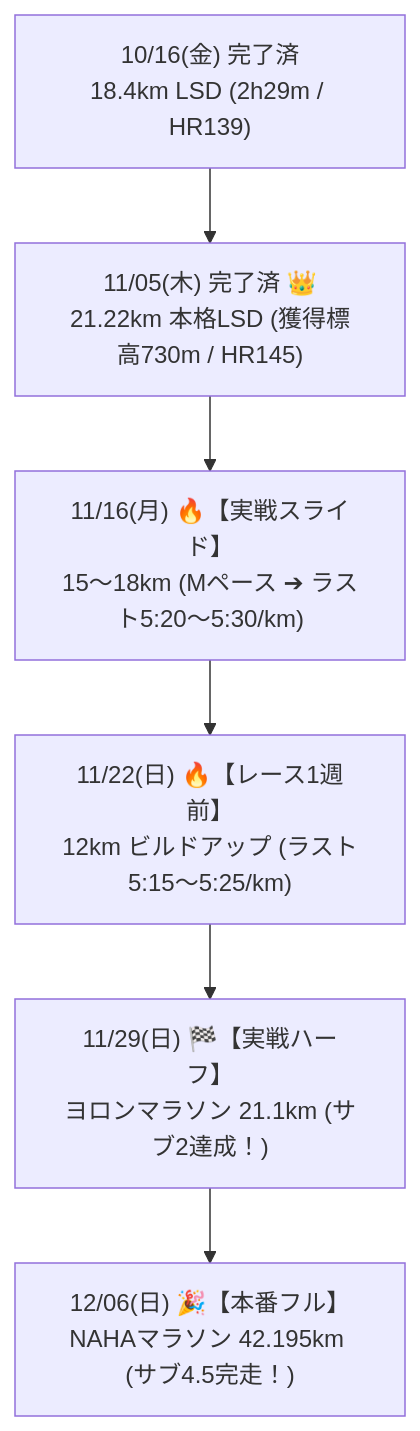
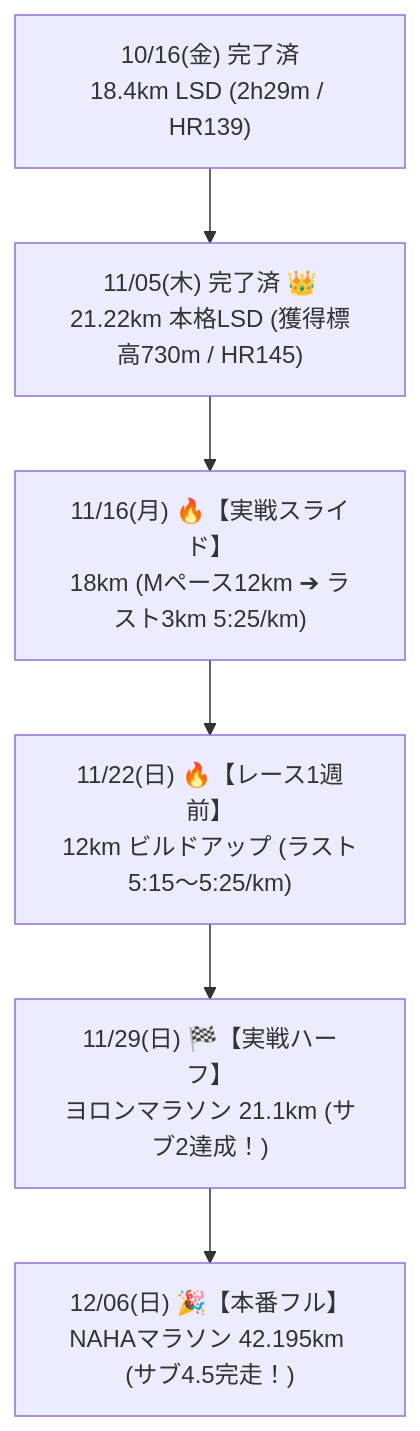
Before and after one commit to nem6ishi/running_analytics: the diagram in docs/TRAINING_PLAN_2026.md, drawn with Mermaid. The commit also changed other lines of this file and 2 other files, not shown here.

````diff
--- a/docs/TRAINING_PLAN_2026.md
+++ b/docs/TRAINING_PLAN_2026.md
@@ -31,8 +31,8 @@
 ```mermaid
 flowchart TD
     L1["10/16(金) 完了済<br/>18.4km LSD (2h29m / HR139)"] --> L2["11/05(木) 完了済 👑<br/>21.22km 本格LSD (獲得標高730m / HR145)"]
-    L2 --> L3["11/16(月) 🔥【実戦スライド】<br/>15〜18km (Mペース ➔ ラスト5:20〜5:30/km)"]
+    L2 --> L3["11/16(月) 🔥【実戦スライド】<br/>18km (Mペース12km ➔ ラスト3km 5:25/km)"]
     L3 --> L4["11/22(日) 🔥【レース1週前】<br/>12km ビルドアップ (ラスト5:15〜5:25/km)"]
     L4 --> L5["11/29(日) 🏁【実戦ハーフ】<br/>ヨロンマラソン 21.1km (サブ2達成！)"]
     L5 --> L6["12/06(日) 🎉【本番フル】<br/>NAHAマラソン 42.195km (サブ4.5完走！)"]
 ```
````
